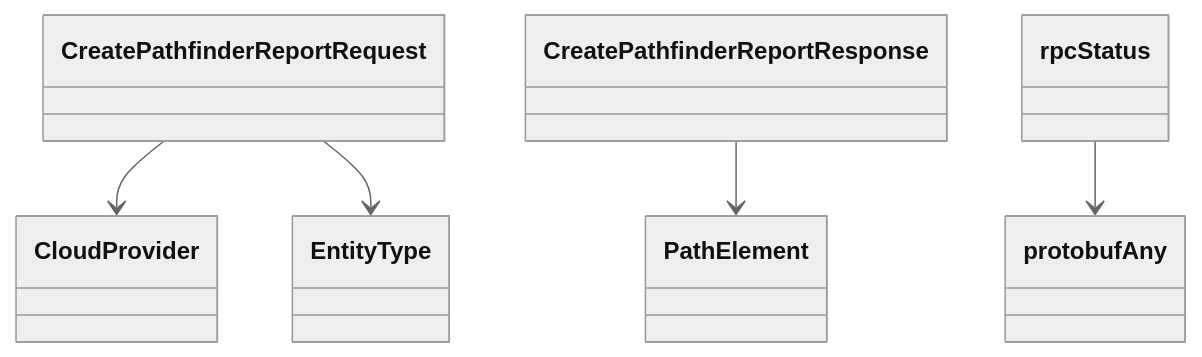
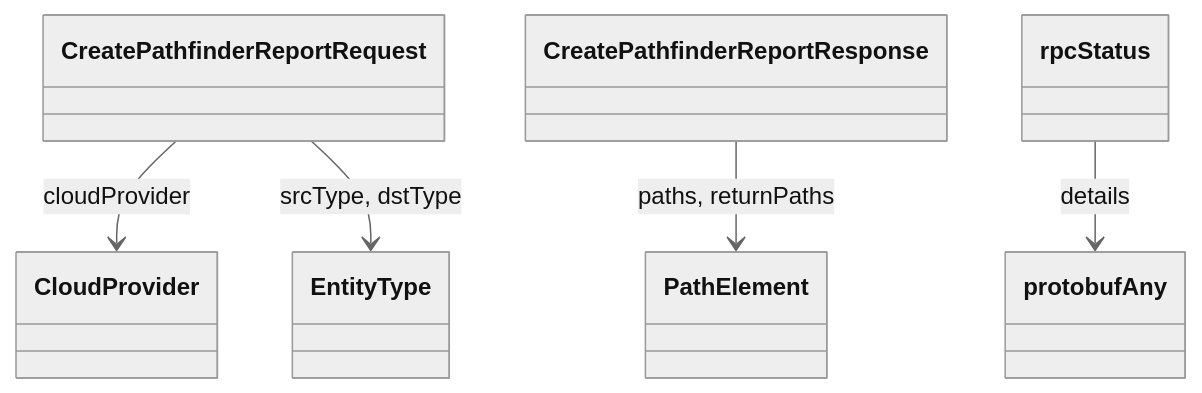
One commit to alexdearaujo/community_sdk_python changed the fourth of 4 diagrams in docs/sphinx/services/pathfinder.md. Above: the diagram before and after it, drawn with Mermaid (neutral theme). The commit also changed other lines of this file and 129 other files, not shown here.

````diff
--- a/docs/sphinx/services/pathfinder.md
+++ b/docs/sphinx/services/pathfinder.md
@@ -110,14 +131,14 @@
 ```mermaid
 classDiagram
     class CloudProvider
     class CreatePathfinderReportRequest
     class CreatePathfinderReportResponse
     class EntityType
     class PathElement
     class protobufAny
     class rpcStatus
-    CreatePathfinderReportRequest --> CloudProvider
-    CreatePathfinderReportRequest --> EntityType
-    CreatePathfinderReportResponse --> PathElement
-    rpcStatus --> protobufAny
+    CreatePathfinderReportRequest --> CloudProvider : cloudProvider
+    CreatePathfinderReportRequest --> EntityType : srcType, dstType
+    CreatePathfinderReportResponse --> PathElement : paths, returnPaths
+    rpcStatus --> protobufAny : details
 ```
````
